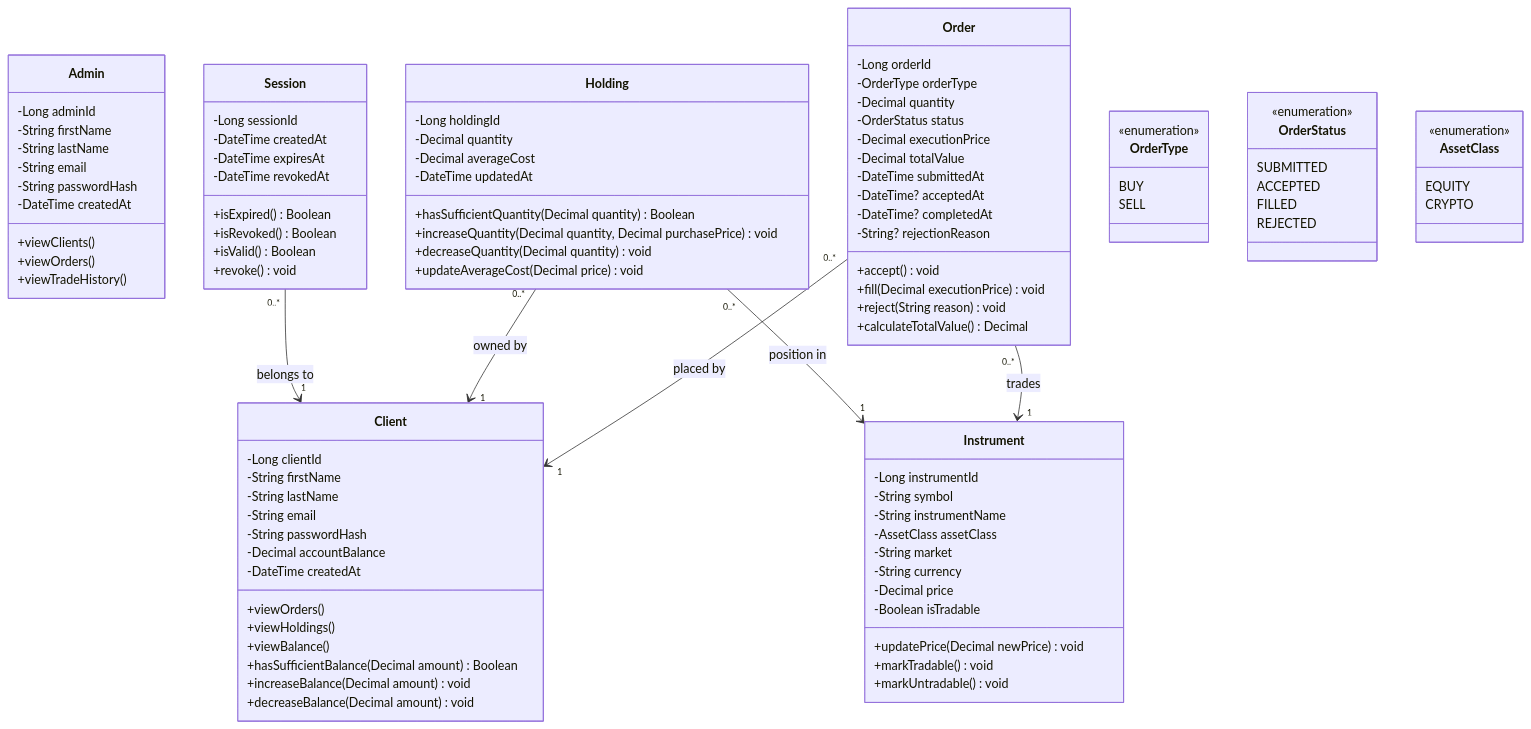
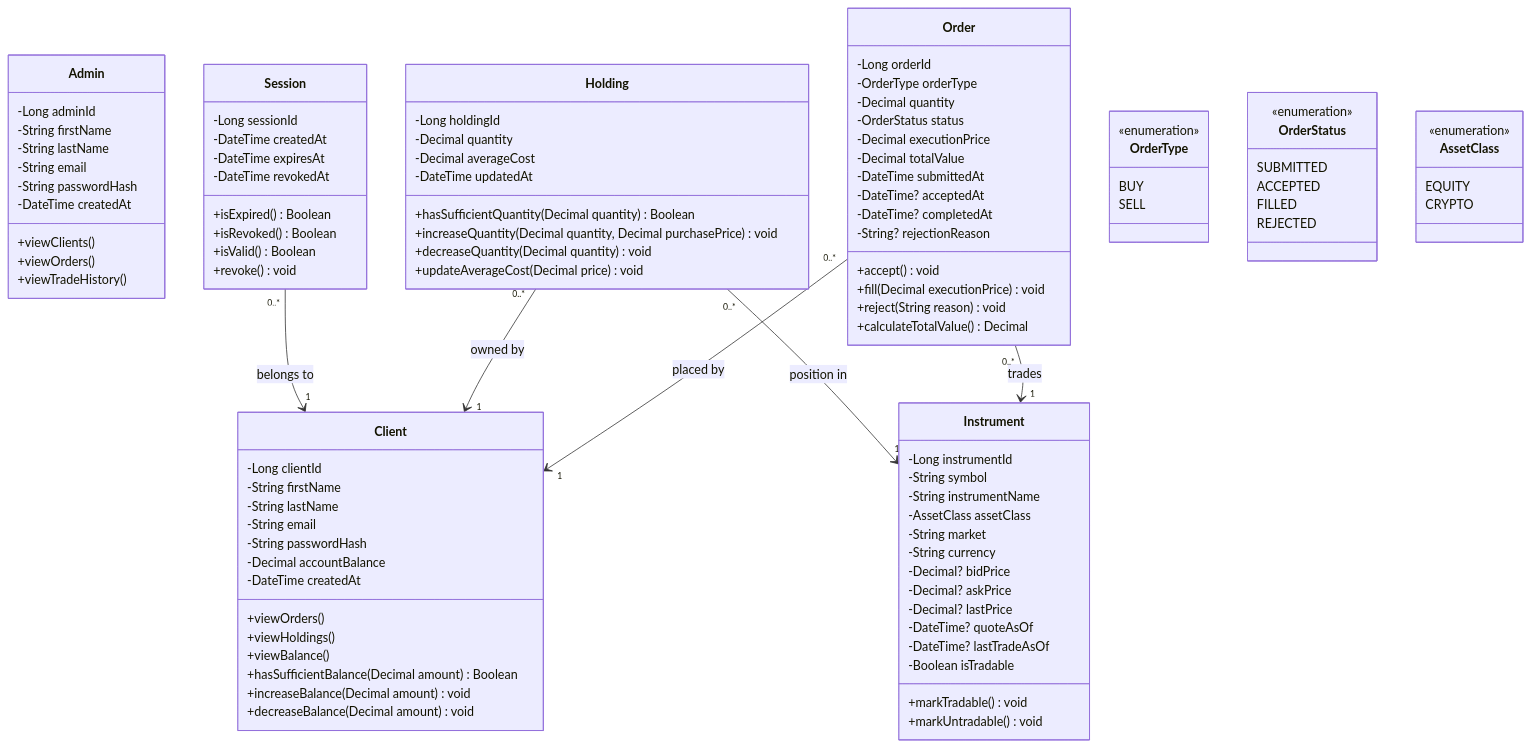
The diagram in Docs/uml-class-diagram.mmd (LeapOfLegends/Group-12-Backend), drawn with Mermaid before and after one commit. The commit also changed 17 other files, not shown here.

Commit message:
added bid, ask, and last price to schema and updated changes throughout the codebase

```diff
--- a/Docs/uml-class-diagram.mmd
+++ b/Docs/uml-class-diagram.mmd
@@ -1,109 +1,112 @@
 classDiagram
     class Admin {
         -Long adminId
         -String firstName
         -String lastName
         -String email
         -String passwordHash
         -DateTime createdAt
         +viewClients()
         +viewOrders()
         +viewTradeHistory()
     }
 
     class Client {
         -Long clientId
         -String firstName
         -String lastName
         -String email
         -String passwordHash
         -Decimal accountBalance
         -DateTime createdAt
         +viewOrders()
         +viewHoldings()
         +viewBalance()
         +hasSufficientBalance(Decimal amount) Boolean
         +increaseBalance(Decimal amount) void
         +decreaseBalance(Decimal amount) void
     }
 
     class Order {
         -Long orderId
         -OrderType orderType
         -Decimal quantity
         -OrderStatus status
         -Decimal executionPrice
         -Decimal totalValue
         -DateTime submittedAt
         -DateTime? acceptedAt
         -DateTime? completedAt
         -String? rejectionReason
         +accept() void
         +fill(Decimal executionPrice) void
         +reject(String reason) void
         +calculateTotalValue() Decimal
     }
 
     class Instrument {
         -Long instrumentId
         -String symbol
         -String instrumentName
         -AssetClass assetClass
         -String market
         -String currency
-        -Decimal price
+        -Decimal? bidPrice
+        -Decimal? askPrice
+        -Decimal? lastPrice
+        -DateTime? quoteAsOf
+        -DateTime? lastTradeAsOf
         -Boolean isTradable
-        +updatePrice(Decimal newPrice) void
         +markTradable() void
         +markUntradable() void
     }
 
     class Holding {
         -Long holdingId
         -Decimal quantity
         -Decimal averageCost
         -DateTime updatedAt
         +hasSufficientQuantity(Decimal quantity) Boolean
         +increaseQuantity(Decimal quantity, Decimal purchasePrice) void
         +decreaseQuantity(Decimal quantity) void
         +updateAverageCost(Decimal price) void
     }
 
     class Session {
         -Long sessionId
         -DateTime createdAt
         -DateTime expiresAt
         -DateTime revokedAt
         +isExpired() Boolean
         +isRevoked() Boolean
         +isValid() Boolean
         +revoke() void
     }
 
     class OrderType {
         <<enumeration>>
         BUY
         SELL
     }
 
     class OrderStatus {
         <<enumeration>>
         SUBMITTED
         ACCEPTED
         FILLED
         REJECTED
     }
 
     class AssetClass {
         <<enumeration>>
         EQUITY
         CRYPTO
     }
 
 Order "0..*" --> "1" Client : placed by
 Order "0..*" --> "1" Instrument : trades
 
 Holding "0..*" --> "1" Client : owned by
 Holding "0..*" --> "1" Instrument : position in
 
 Session "0..*" --> "1" Client : belongs to
```
